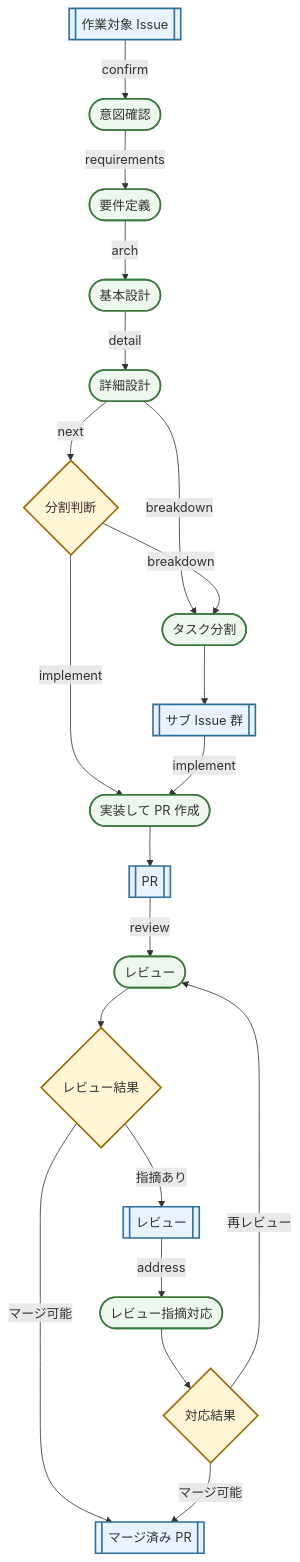
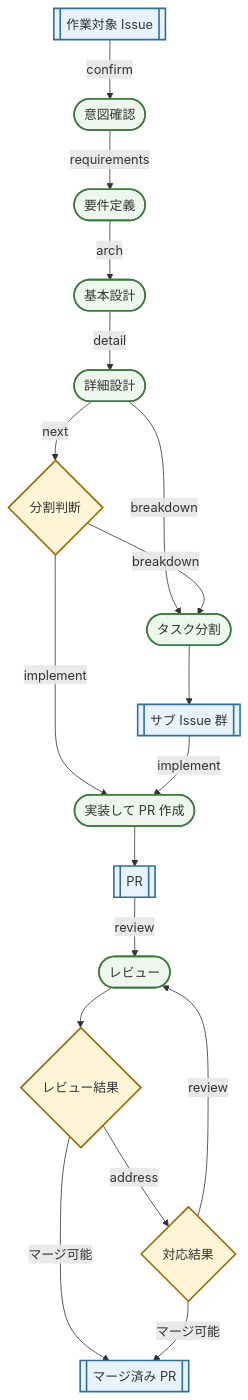
The diagram in README.md (Hiroshiba/vv-ai), drawn with Mermaid before and after one commit.

Commit message:
docs: READMEのレビュー分岐を簡潔にする

````diff
--- a/README.md
+++ b/README.md
@@ -11,47 +11,43 @@
 ```mermaid
 flowchart TD
   issue[["作業対象 Issue"]]
   intent(["意図確認"])
   requirements(["要件定義"])
   arch(["基本設計"])
   detail(["詳細設計"])
   next_decision{"分割判断"}
   breakdown(["タスク分割"])
   subissues[["サブ Issue 群"]]
   implement_issue(["実装して PR 作成"])
   pr[["PR"]]
   review(["レビュー"])
   review_result{"レビュー結果"}
-  review_comments[["レビュー"]]
-  address(["レビュー指摘対応"])
   address_result{"対応結果"}
   merged[["マージ済み PR"]]
 
   issue -- "confirm" --> intent
   intent -- "requirements" --> requirements
   requirements -- "arch" --> arch
   arch -- "detail" --> detail
   detail -- "next" --> next_decision
   detail -- "breakdown" --> breakdown
   next_decision -- "breakdown" --> breakdown
   next_decision -- "implement" --> implement_issue
   breakdown --> subissues
   subissues -- "implement" --> implement_issue
   implement_issue --> pr
   pr -- "review" --> review
   review --> review_result
   review_result -- "マージ可能" --> merged
-  review_result -- "指摘あり" --> review_comments
-  review_comments -- "address" --> address
-  address --> address_result
-  address_result -- "再レビュー" --> review
+  review_result -- "address" --> address_result
+  address_result -- "review" --> review
   address_result -- "マージ可能" --> merged
 
-  class issue,subissues,pr,review_comments,merged githubObject
-  class intent,requirements,arch,detail,breakdown,implement_issue,review,address aiStep
+  class issue,subissues,pr,merged githubObject
+  class intent,requirements,arch,detail,breakdown,implement_issue,review aiStep
   class next_decision,review_result,address_result decision
 
   classDef githubObject fill:#e8f3ff,stroke:#2f6f9f,stroke-width:2px
   classDef aiStep fill:#edf7ed,stroke:#3c7a3c,stroke-width:2px
   classDef decision fill:#fff4d6,stroke:#9a6a00,stroke-width:2px
 ```
````
